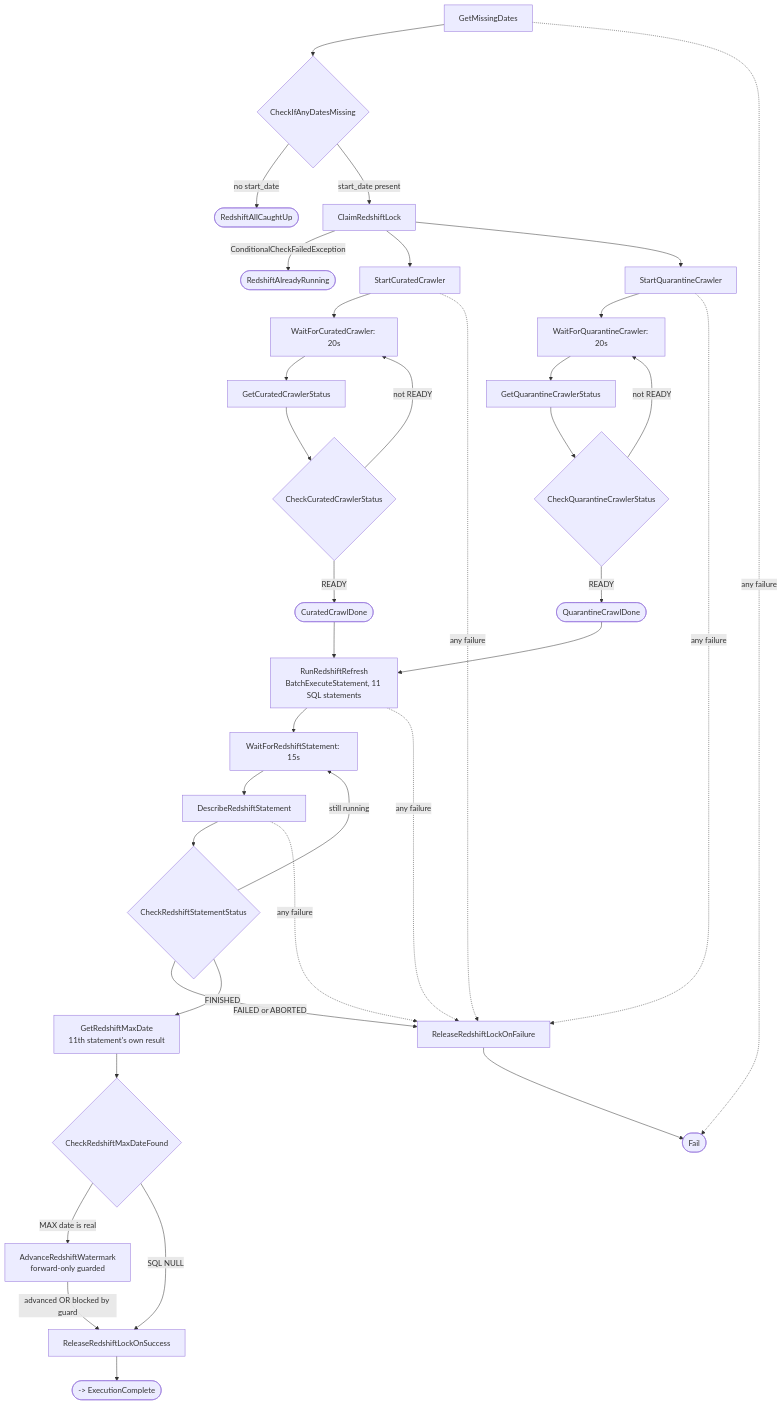
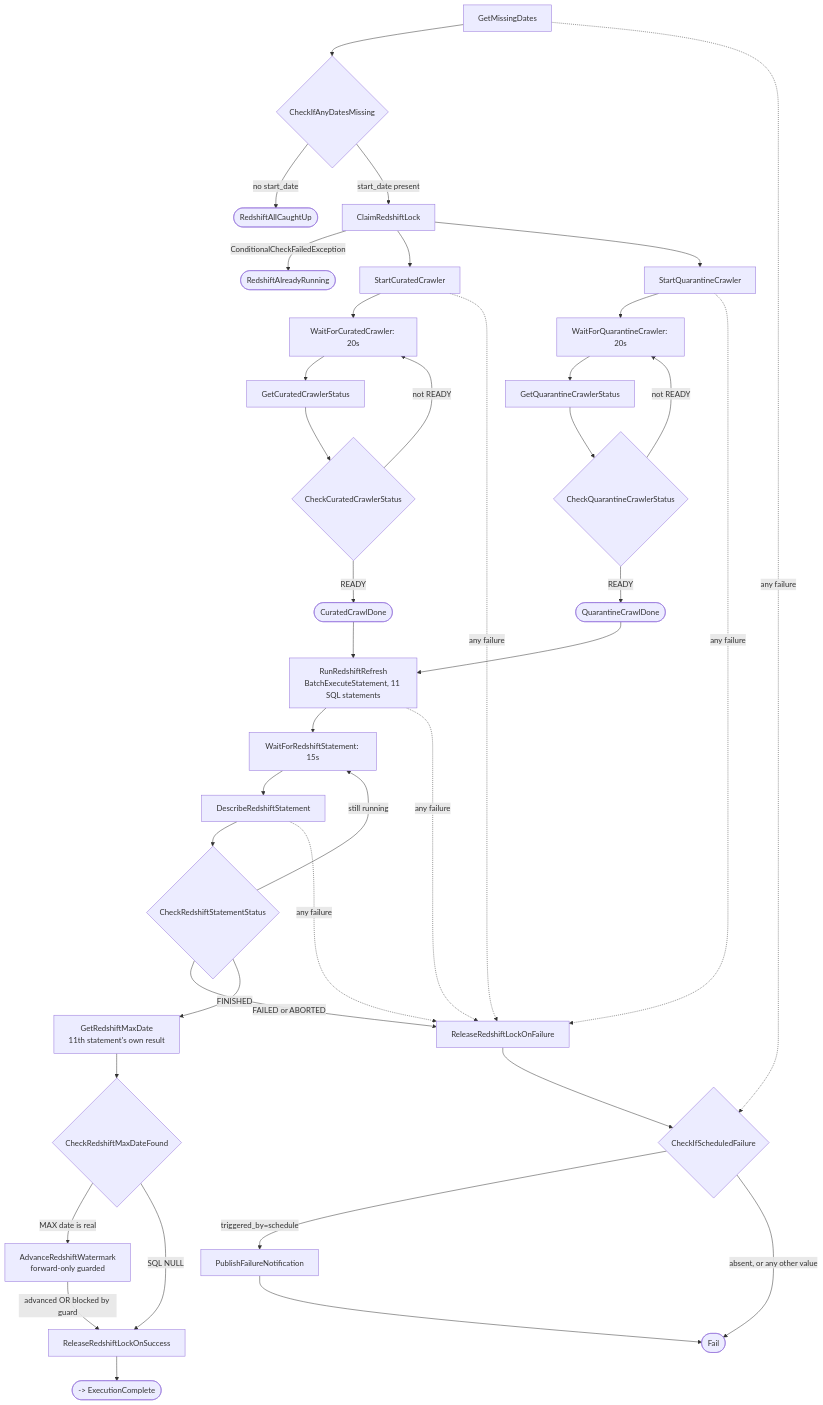
Before and after one commit to saket-kumar-de/PulseGrid: the third of 3 diagrams in docs/architecture-flow.md, drawn with Mermaid. The commit also changed other lines of this file and 12 other files, not shown here.

````diff
--- a/docs/architecture-flow.md
+++ b/docs/architecture-flow.md
@@ -80,43 +99,46 @@
 ```mermaid
 graph TD
     GMD[GetMissingDates] --> CIDM{CheckIfAnyDatesMissing}
-    GMD -.any failure.-> FAIL2([Fail])
+    GMD -.any failure.-> CSF2
     CIDM -->|no start_date| RAC([RedshiftAllCaughtUp])
     CIDM -->|start_date present| CRL[ClaimRedshiftLock]
     CRL -->|ConditionalCheckFailedException| RAR([RedshiftAlreadyRunning])
 
     CRL --> SCC[StartCuratedCrawler]
     SCC --> WFCC[WaitForCuratedCrawler: 20s]
     WFCC --> GCCS[GetCuratedCrawlerStatus]
     GCCS --> CCCS{CheckCuratedCrawlerStatus}
     CCCS -->|not READY| WFCC
     CCCS -->|READY| CCD([CuratedCrawlDone])
 
     CRL --> SQC[StartQuarantineCrawler]
     SQC --> WFQC[WaitForQuarantineCrawler: 20s]
     WFQC --> GQCS[GetQuarantineCrawlerStatus]
     GQCS --> CQCS{CheckQuarantineCrawlerStatus}
     CQCS -->|not READY| WFQC
     CQCS -->|READY| QCD([QuarantineCrawlDone])
 
     CCD --> RRR[RunRedshiftRefresh<br/>BatchExecuteStatement, 11 SQL statements]
     QCD --> RRR
 
     RRR --> WFRS[WaitForRedshiftStatement: 15s]
     WFRS --> DRS[DescribeRedshiftStatement]
     DRS --> CRS{CheckRedshiftStatementStatus}
     CRS -->|still running| WFRS
     CRS -->|FAILED or ABORTED| RRLF[ReleaseRedshiftLockOnFailure]
     CRS -->|FINISHED| GRMD[GetRedshiftMaxDate<br/>11th statement's own result]
     GRMD --> CRMDF{CheckRedshiftMaxDateFound}
     CRMDF -->|MAX date is real| ARW[AdvanceRedshiftWatermark<br/>forward-only guarded]
     CRMDF -->|SQL NULL| RRLS[ReleaseRedshiftLockOnSuccess]
     ARW -->|advanced OR blocked by guard| RRLS
     RRLS --> DONEOUT([-> ExecutionComplete])
 
     SCC -.any failure.-> RRLF
     SQC -.any failure.-> RRLF
     RRR -.any failure.-> RRLF
     DRS -.any failure.-> RRLF
-    RRLF --> FAIL2
+    RRLF --> CSF2{CheckIfScheduledFailure}
+    CSF2 -->|triggered_by=schedule| PFN2[PublishFailureNotification]
+    CSF2 -->|absent, or any other value| FAIL2([Fail])
+    PFN2 --> FAIL2
 ```
````
